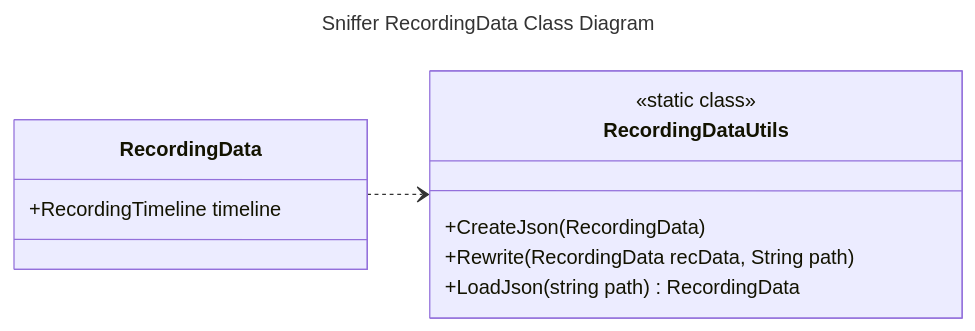
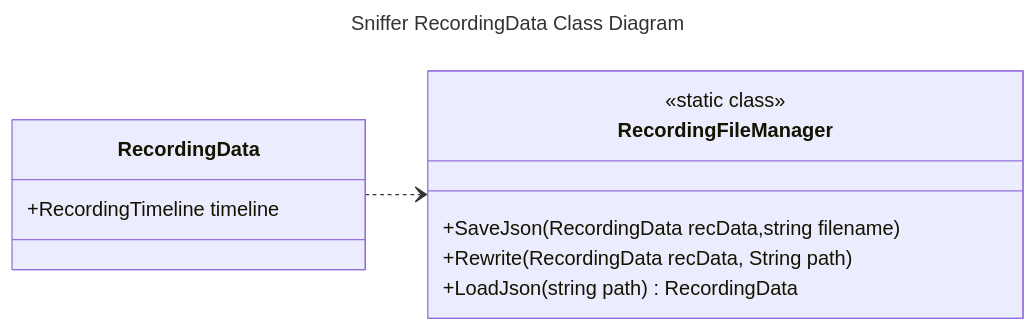
Before and after one commit to cmcm21/QAUnityTool: the fifth of 5 diagrams in sniffer_vault/Architecture/Sniffer Class Diagrams.md, drawn with Mermaid. The commit also changed 20 other files, not shown here.

````diff
--- a/sniffer_vault/Architecture/Sniffer Class Diagrams.md
+++ b/sniffer_vault/Architecture/Sniffer Class Diagrams.md
@@ -171,21 +171,21 @@
 ```mermaid
 ---
 title: Sniffer RecordingData Class Diagram
 ---
 
 classDiagram
 direction LR
 class RecordingData{
 	+RecordingTimeline timeline
 }
 
-class RecordingDataUtils{
+class RecordingFileManager{
 	<<static class>>	
-	+CreateJson(RecordingData)
+	+SaveJson(RecordingData recData,string filename)
 	+Rewrite(RecordingData recData, String path) 
 	+LoadJson(string path) RecordingData
 }
 
-RecordingData..>RecordingDataUtils
+RecordingData..>RecordingFileManager
 
 ```
````
